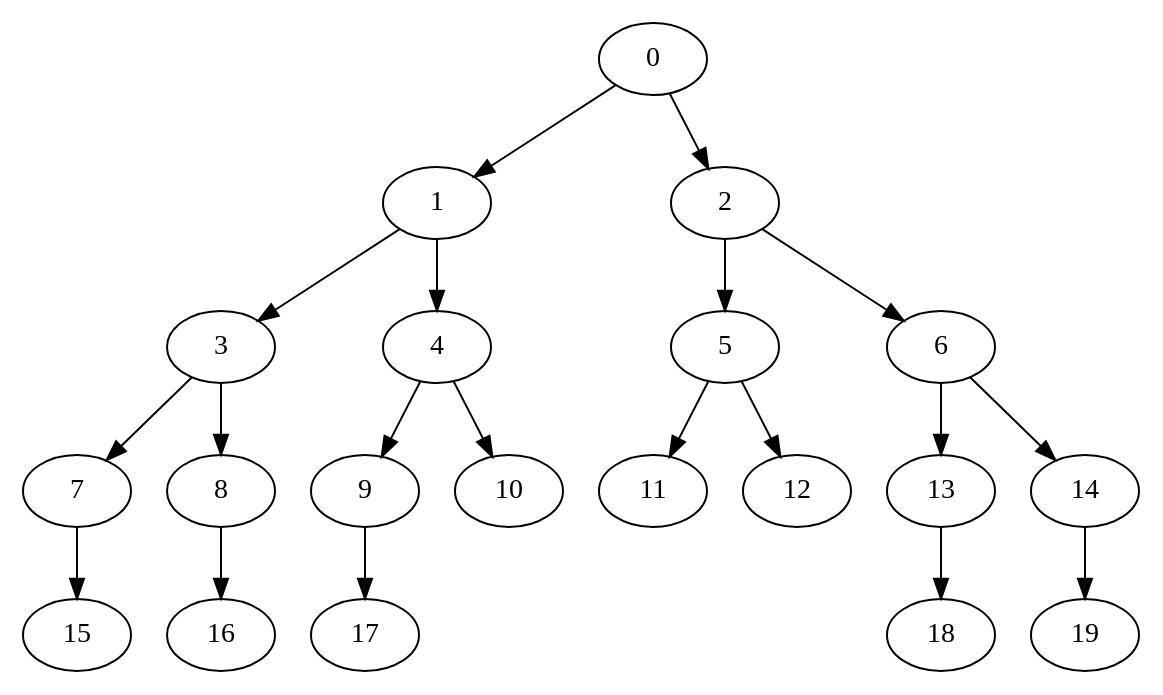
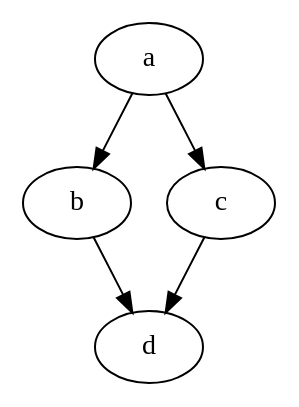
The diagram in INPUT-output.dot (nateeo/parallel-task-scheduler), drawn with Graphviz before and after one commit.

Commit message:
Regression testing updated.

```diff
--- a/INPUT-output.dot
+++ b/INPUT-output.dot
@@ -1,41 +1,10 @@
-digraph "outputBalanced20Node" {
-	0				[ Weight =5,Start =0,Processor =1];
-	1				[ Weight =4,Start =5,Processor =1];
-	2				[ Weight =3,Start =9,Processor =1];
-	3				[ Weight =4,Start =19,Processor =1];
-	4				[ Weight =5,Start =12,Processor =1];
-	5				[ Weight =6,Start =15,Processor =2];
-	6				[ Weight =4,Start =23,Processor =1];
-	7				[ Weight =5,Start =31,Processor =1];
-	8				[ Weight =3,Start =42,Processor =1];
-	9				[ Weight =4,Start =30,Processor =2];
-    10          [ Weight=2];
-    11          [ Weight=4];
-    12          [ Weight=5];
-    13          [ Weight=4];
-    14          [ Weight=7];
-    15          [ Weight=2];
-    16          [ Weight=4];
-    17          [ Weight=2];
-    18          [ Weight=6];
-    19          [ Weight=4];
-    0 -> 1      [ Weight=3];
-    0 -> 2      [ Weight=4];
-    1 -> 3      [ Weight=5];
-    1 -> 4      [ Weight=2];
-    2 -> 5      [ Weight=3];
-    2 -> 6      [ Weight=5];
-    3 -> 7      [ Weight=2];
-    3 -> 8      [ Weight=3];
-    4 -> 9      [ Weight=4];
-    4 -> 10     [ Weight=6];
-    5 -> 11     [ Weight=3];
-    5 -> 12     [ Weight=2];
-    6 -> 13     [ Weight=5];
-    6 -> 14     [ Weight=4];
-    7 -> 15     [ Weight=5];
-    8 -> 16     [ Weight=7];
-    9 -> 17     [ Weight=2];
-    13 -> 18    [ Weight=2];
-    14 -> 19    [ Weight=10];
+digraph "outputExampleSmall" {
+	a				[ Weight =2,Start =0,Processor =1];
+	b				[ Weight =3,Start =3,Processor =2];
+    a -> b          [Weight=1];
+	c				[ Weight =3,Start =2,Processor =1];
+    a -> c          [Weight=2];
+	d				[ Weight =2,Start =6,Processor =2];
+    b -> d          [Weight=2];
+    c -> d          [Weight=1];
 }
```
